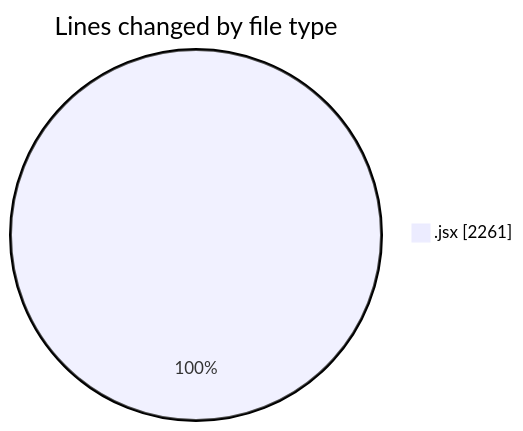
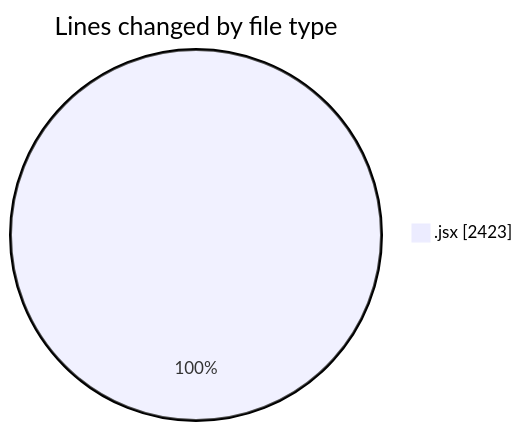
One commit to nxtqubesakshisongat/code-tracking changed the first of 2 diagrams in 2025-09-28/nxtqube_webapp/README.md. Above: the diagram before and after it, drawn with Mermaid. The commit also changed other lines of this file and 1 other file, not shown here.

````diff
--- a/2025-09-28/nxtqube_webapp/README.md
+++ b/2025-09-28/nxtqube_webapp/README.md
@@ -20,5 +20,5 @@
 ```mermaid
 pie showData
 title Lines changed by file type
-".jsx" : 2261
+".jsx" : 2423
 ```
````
